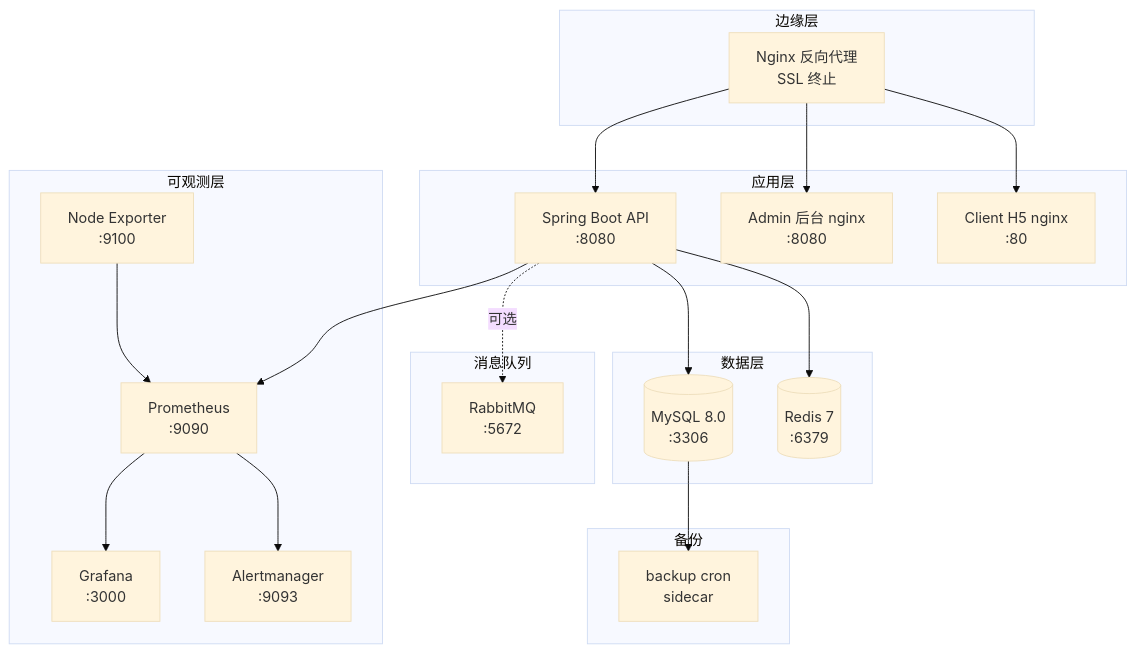
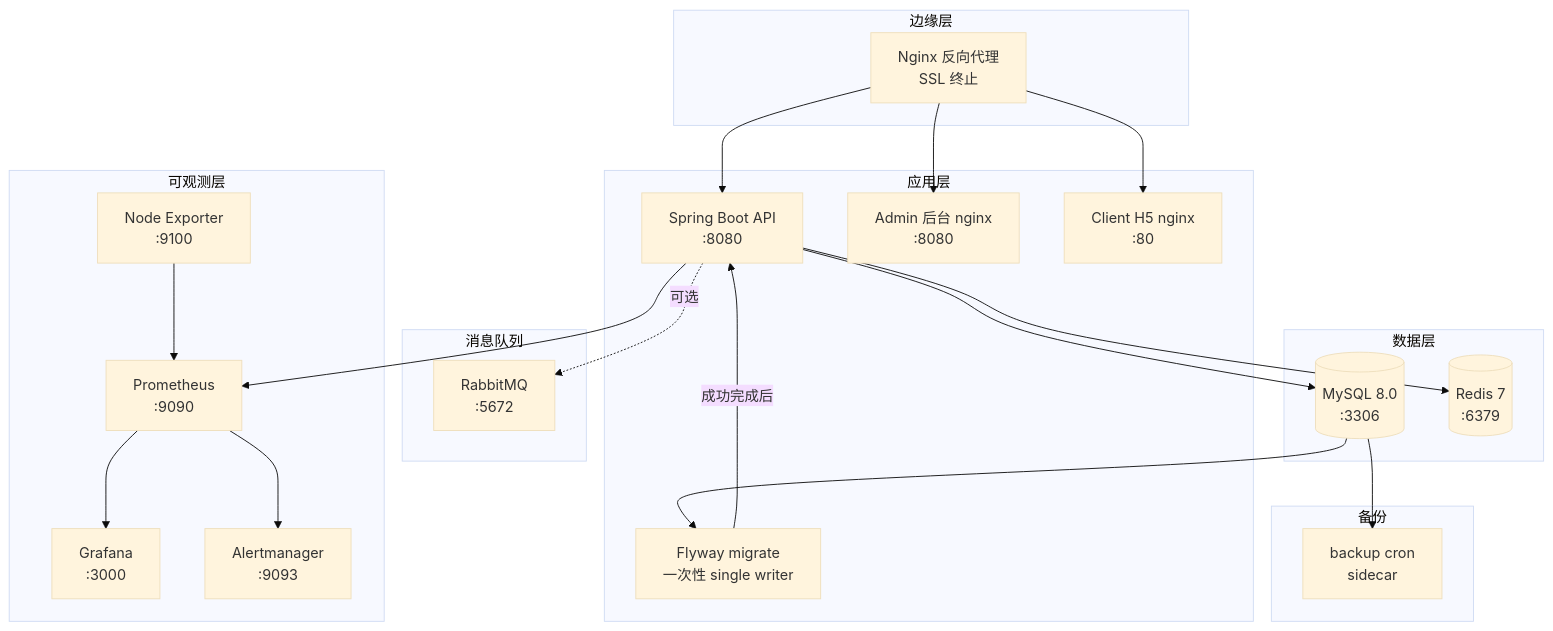
Before and after one commit to lx-1203/Love-Mini-Program: the diagram in doc/DEPLOYMENT.md, drawn with Mermaid (base theme). The commit also changed other lines of this file and 5 other files, not shown here.

First line of the commit message:
ops: single-writer migrations, a backup that expires/encrypts/is restorable, and honest alerting docs

````diff
--- a/doc/DEPLOYMENT.md
+++ b/doc/DEPLOYMENT.md
@@ -43,39 +43,42 @@
 ```mermaid
 graph TB
     subgraph Edge[边缘层]
         NGINX[Nginx 反向代理<br/>SSL 终止]
     end
     subgraph App[应用层]
+        MIGRATE[Flyway migrate<br/>一次性 single writer]
         API[Spring Boot API<br/>:8080]
         ADMIN[Admin 后台 nginx<br/>:8080]
         CLIENT[Client H5 nginx<br/>:80]
     end
     subgraph Data[数据层]
         MYSQL[(MySQL 8.0<br/>:3306)]
         REDIS[(Redis 7<br/>:6379)]
     end
     subgraph MQ[消息队列]
         RABBIT[RabbitMQ<br/>:5672]
     end
     subgraph Obs[可观测层]
         PROM[Prometheus<br/>:9090]
         GRAF[Grafana<br/>:3000]
         AM[Alertmanager<br/>:9093]
         NE[Node Exporter<br/>:9100]
     end
     subgraph Backup[备份]
         BK[backup cron<br/>sidecar]
     end
 
     NGINX --> API
     NGINX --> ADMIN
     NGINX --> CLIENT
+    MYSQL --> MIGRATE
+    MIGRATE -->|成功完成后| API
     API --> MYSQL
     API --> REDIS
     API -.可选.-> RABBIT
     API --> PROM
     NE --> PROM
     PROM --> GRAF
     PROM --> AM
     MYSQL --> BK
 ```
````
